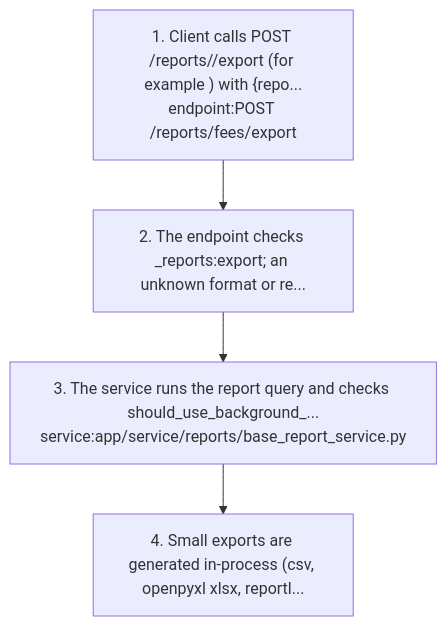
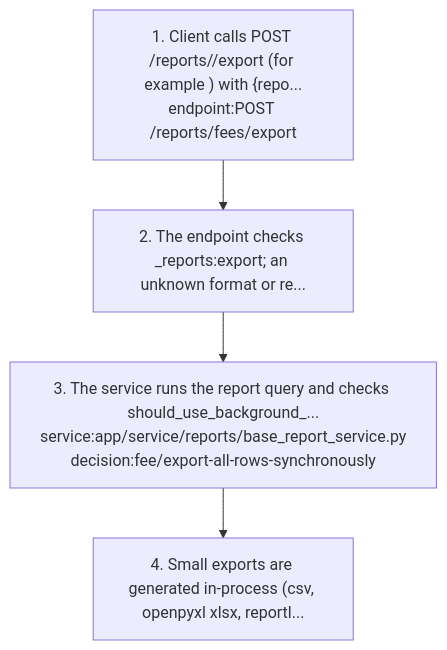
Before and after one commit to nerellasraj21/cos360_full_app: the third of 6 diagrams in docs/graph/views/reports-dashboards.md, drawn with Mermaid. The commit also changed other lines of this file and 6 other files, not shown here.

First line of the commit message:
Export every row from fee reports and skip the broken background path

````diff
--- a/docs/graph/views/reports-dashboards.md
+++ b/docs/graph/views/reports-dashboards.md
@@ -209,10 +209,10 @@
 ```mermaid
 flowchart TD
   s1["1. Client calls POST /reports/<group>/export (for example ) with {repo...<br/>endpoint:POST /reports/fees/export"]
   s2["2. The endpoint checks <group>_reports:export; an unknown format or re..."]
   s1 --> s2
-  s3["3. The service runs the report query and checks should_use_background_...<br/>service:app/service/reports/base_report_service.py"]
+  s3["3. The service runs the report query and checks should_use_background_...<br/>service:app/service/reports/base_report_service.py<br/>decision:fee/export-all-rows-synchronously"]
   s2 --> s3
   s4["4. Small exports are generated in-process (csv, openpyxl xlsx, reportl..."]
   s3 --> s4
 ```
````
